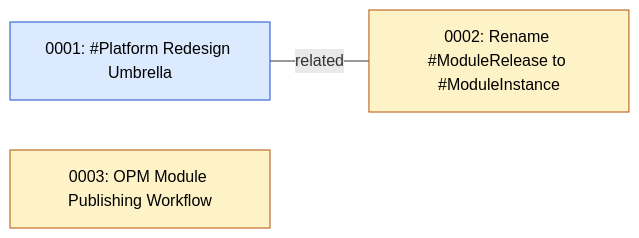
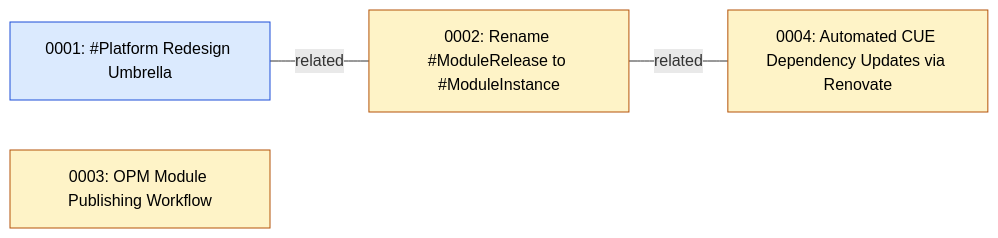
Before and after one commit to open-platform-model/enhancements: the first of 2 diagrams in GRAPH.md, drawn with Mermaid. The commit also changed 11 other files, not shown here.

Commit message:
docs(enhancements): add 0004 automated CUE dependency updates via renovate (#4)

````diff
--- a/GRAPH.md
+++ b/GRAPH.md
@@ -5,14 +5,16 @@
 ```mermaid
 graph LR
   classDef draft       fill:#fef3c7,stroke:#b45309,color:#000
   classDef accepted    fill:#dbeafe,stroke:#1d4ed8,color:#000
   classDef implemented fill:#dcfce7,stroke:#15803d,color:#000
   classDef superseded  fill:#e5e7eb,stroke:#6b7280,color:#6b7280
   classDef legacy      fill:#fafafa,stroke:#9ca3af,color:#6b7280,stroke-dasharray:3 3
 
   N0001["0001: #Platform Redesign Umbrella"]:::accepted
   N0002["0002: Rename #ModuleRelease to #ModuleInstance"]:::draft
   N0003["0003: OPM Module Publishing Workflow"]:::draft
+  N0004["0004: Automated CUE Dependency Updates via Renovate"]:::draft
 
   N0001 ---|related| N0002
+  N0002 ---|related| N0004
 ```
````
